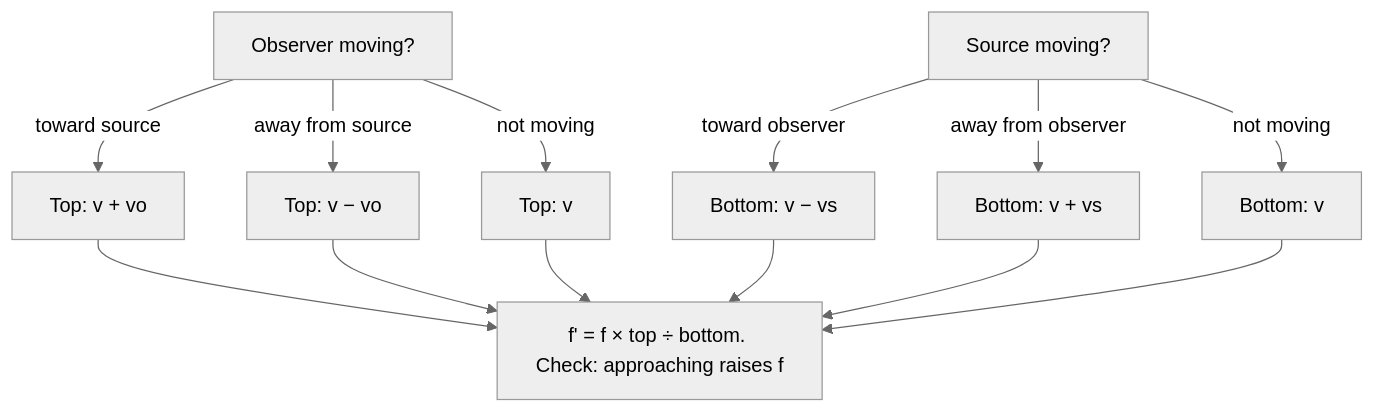
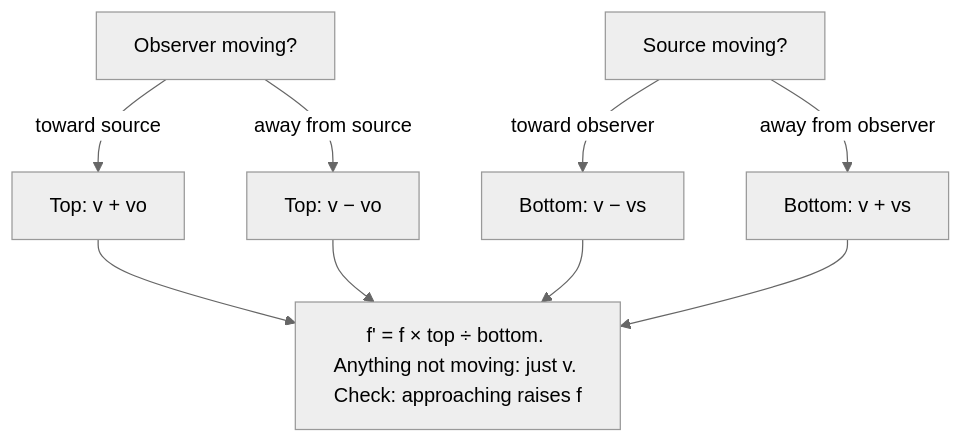
The diagram in content/math/physics/lessons/23-sound.md (Aziliz/erudior), drawn with Mermaid (neutral theme) before and after one commit. The commit also changed 2 other files, not shown here.

Commit message:
Round 2: writer progress (work in progress)
Claude-Session: https://claude.ai/code/session_01Vha5gaRe2GdnFaiy9xNAq5

````diff
--- a/content/math/physics/lessons/23-sound.md
+++ b/content/math/physics/lessons/23-sound.md
@@ -81,12 +81,10 @@
 ```mermaid
 flowchart TD
   accTitle: Choosing the signs in the Doppler formula
-  accDescr: Decide the top and bottom of the fraction separately. Top: if the observer moves toward the source use v + vo; if away, v − vo; if the observer is still, just v. Bottom: if the source moves toward the observer use v − vs; if away, v + vs; if the source is still, just v. Then f' = f times top divided by bottom. Check that approaching gives a higher frequency.
+  accDescr: Decide the top and bottom of the fraction separately. Top: if the observer moves toward the source use v + vo; if away, v − vo; if the observer is still, the top is just v. Bottom: if the source moves toward the observer use v − vs; if away, v + vs; if the source is still, the bottom is just v. Then f' = f times top divided by bottom. Check that approaching gives a higher frequency.
   O["Observer moving?"] -->|toward source| O1["Top: v + vo"]
   O -->|away from source| O2["Top: v − vo"]
-  O -->|not moving| O3["Top: v"]
   S["Source moving?"] -->|toward observer| S1["Bottom: v − vs"]
   S -->|away from observer| S2["Bottom: v + vs"]
-  S -->|not moving| S3["Bottom: v"]
-  O1 & O2 & O3 & S1 & S2 & S3 --> R["f' = f × top ÷ bottom. Check: approaching raises f"]
+  O1 & O2 & S1 & S2 --> R["f' = f × top ÷ bottom. Anything not moving: just v. Check: approaching raises f"]
 ```
````
